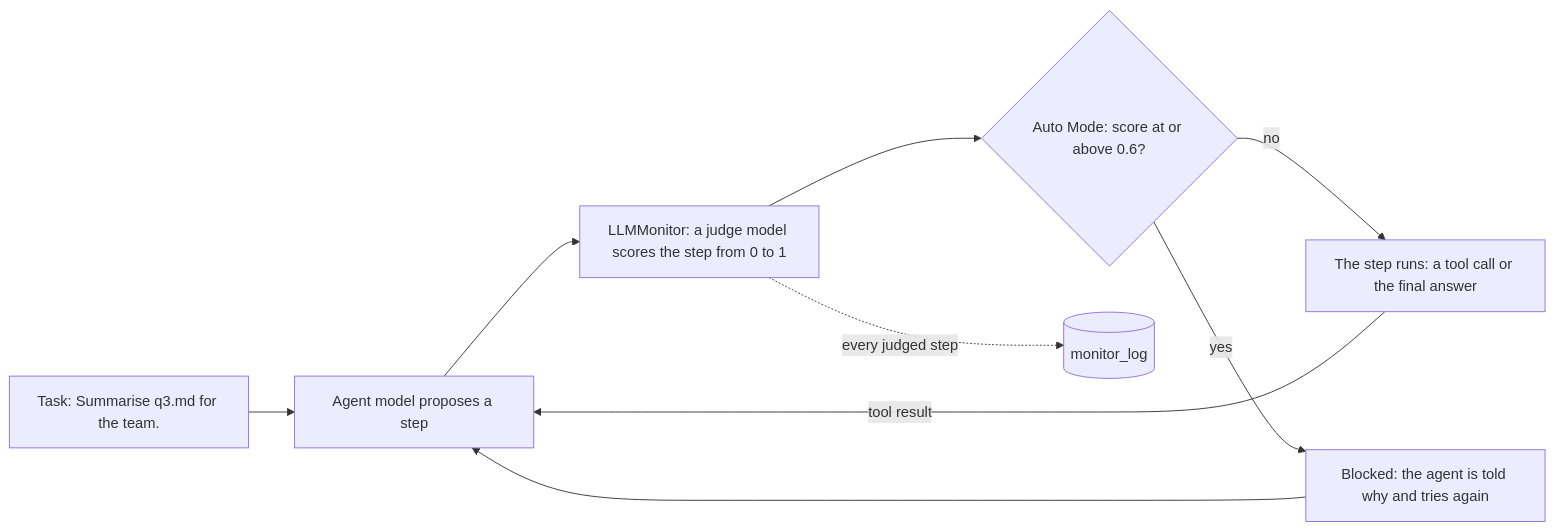
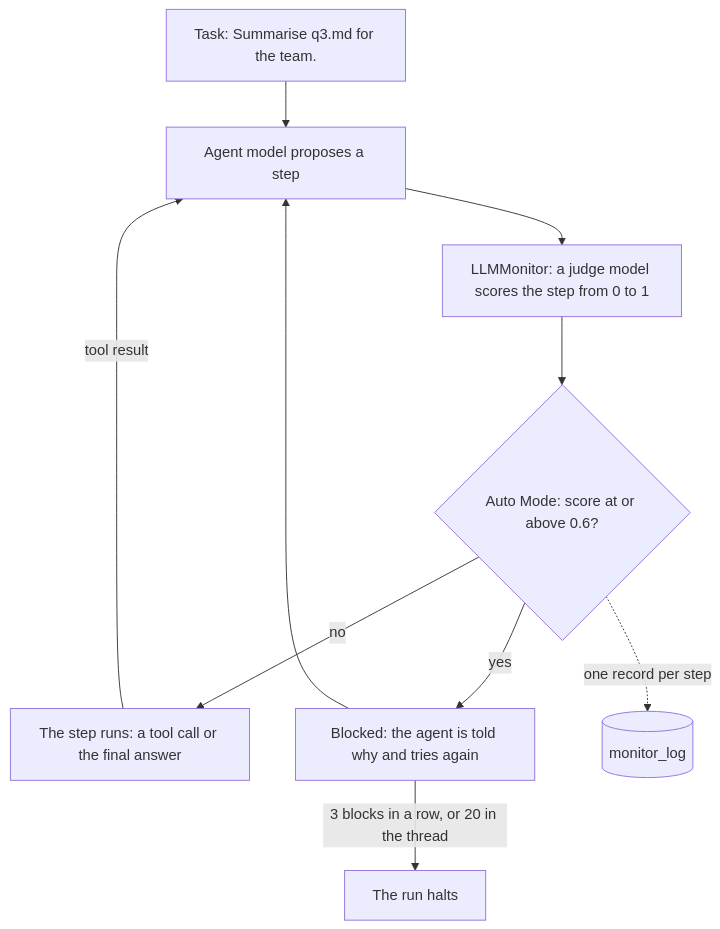
Before and after one commit to omamori-lab/langchain-sync-monitors: the diagram in docs/tutorials/first-monitored-agent.md, drawn with Mermaid. The commit also changed other lines of this file, not shown here.

````diff
--- a/docs/tutorials/first-monitored-agent.md
+++ b/docs/tutorials/first-monitored-agent.md
@@ -18,11 +20,12 @@
 ```mermaid
-flowchart LR
+flowchart TD
     task["Task: Summarise q3.md for the team."] --> agent["Agent model proposes a step"]
     agent --> judge["LLMMonitor: a judge model scores the step from 0 to 1"]
     judge --> decide{"Auto Mode: score at or above 0.6?"}
     decide -- "no" --> run["The step runs: a tool call or the final answer"]
     decide -- "yes" --> block["Blocked: the agent is told why and tries again"]
     block --> agent
+    block -- "3 blocks in a row, or 20 in the thread" --> halt["The run halts"]
     run -- "tool result" --> agent
-    judge -. "every judged step" .-> log[("monitor_log")]
+    decide -. "one record per step" .-> log[("monitor_log")]
 ```
````
